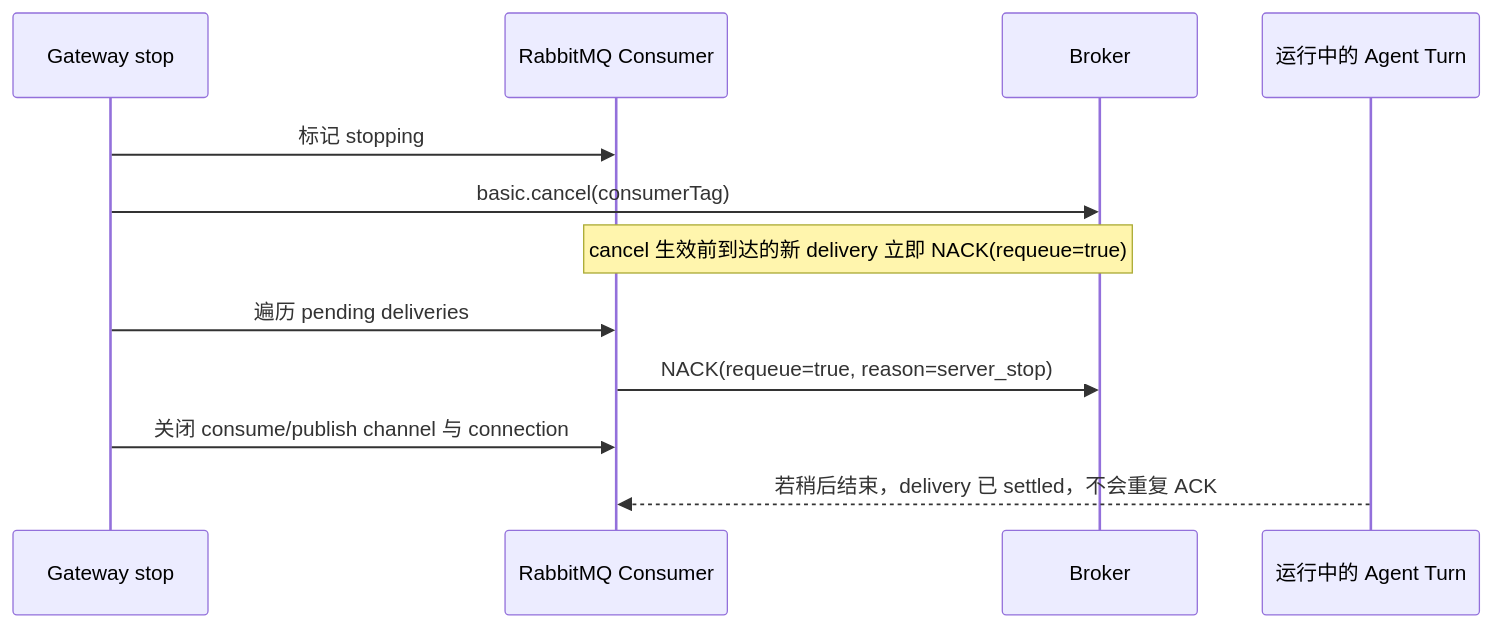
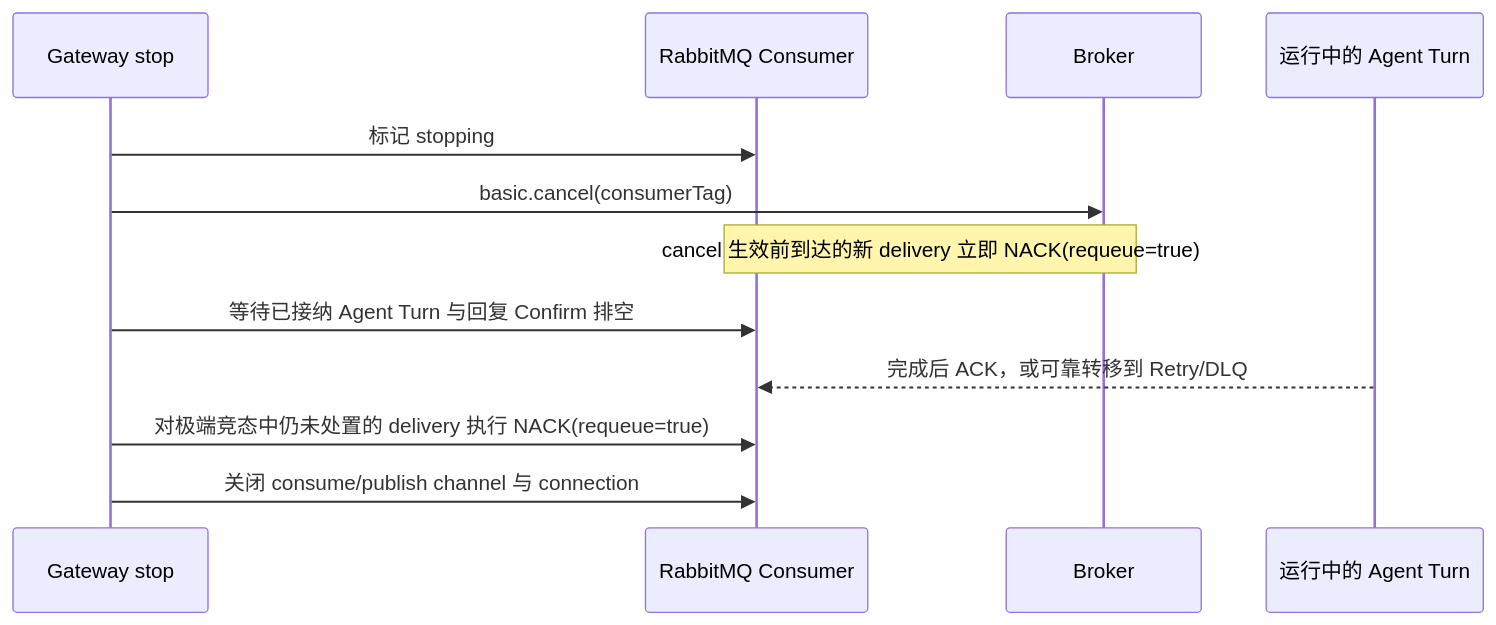
Before and after one commit to partme-ai/openclaw-plugins: the third of 3 diagrams in extensions/rabbitmq/README.zh-CN.md, drawn with Mermaid. The commit also changed other lines of this file and 91 other files, not shown here.

````diff
--- a/extensions/rabbitmq/README.zh-CN.md
+++ b/extensions/rabbitmq/README.zh-CN.md
@@ -105,14 +130,14 @@
 ```mermaid
 sequenceDiagram
     participant G as Gateway stop
     participant C as RabbitMQ Consumer
     participant B as Broker
     participant A as 运行中的 Agent Turn
     G->>C: 标记 stopping
     G->>B: basic.cancel(consumerTag)
     Note over C,B: cancel 生效前到达的新 delivery 立即 NACK(requeue=true)
-    G->>C: 遍历 pending deliveries
-    C->>B: NACK(requeue=true, reason=server_stop)
+    G->>C: 等待已接纳 Agent Turn 与回复 Confirm 排空
+    A-->>C: 完成后 ACK，或可靠转移到 Retry/DLQ
+    G->>C: 对极端竞态中仍未处置的 delivery 执行 NACK(requeue=true)
     G->>C: 关闭 consume/publish channel 与 connection
-    A-->>C: 若稍后结束，delivery 已 settled，不会重复 ACK
 ```
````
